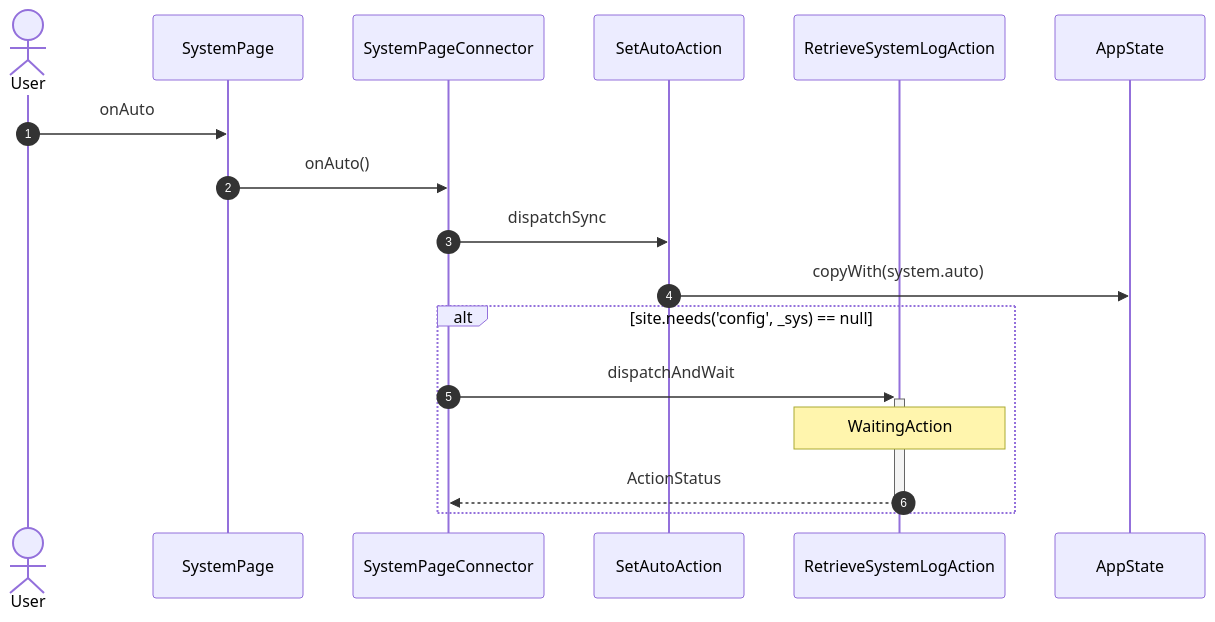
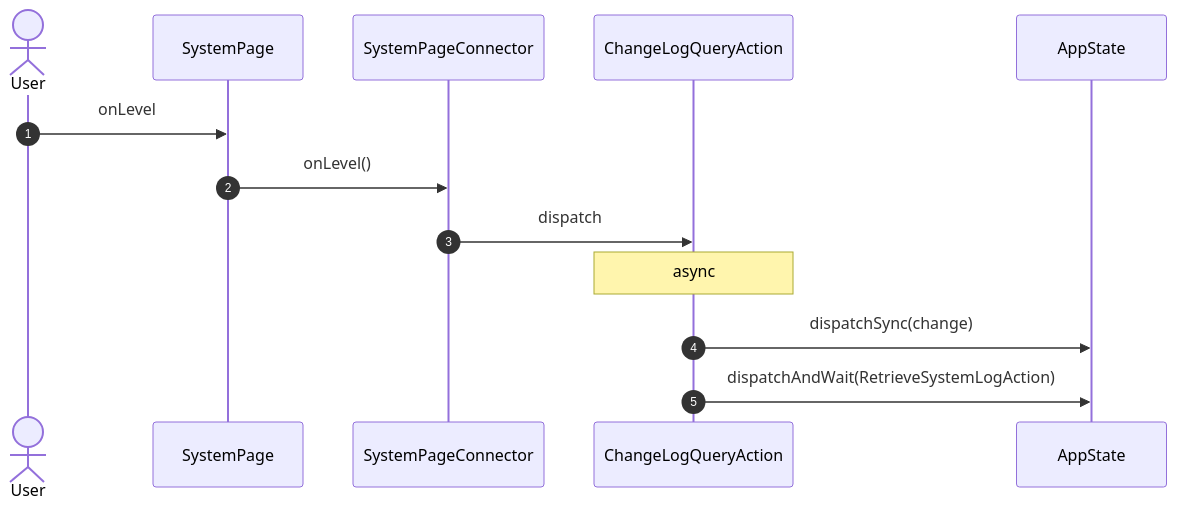
Before and after one commit to gencto/wyrm: diagram 14 of 26 in studio/docs/flows/system.md, drawn with Mermaid. The commit also changed other lines of this file and 88 other files, not shown here.

First line of the commit message:
studio: system: typed values, words in ui, one action per intent

````diff
--- a/studio/docs/flows/system.md
+++ b/studio/docs/flows/system.md
@@ -309,20 +234,16 @@
 ```mermaid
 sequenceDiagram
     autonumber
     actor User
     participant UI as SystemPage
     participant VM as SystemPageConnector
-    participant A1 as SetAutoAction
-    participant A2 as RetrieveSystemLogAction
+    participant A1 as ChangeLogQueryAction
     participant ST as AppState
 
-    User->>UI: onAuto
-    UI->>VM: onAuto()
-    VM->>A1: dispatchSync
-    A1->>ST: copyWith(system.auto)
-    alt site.needs('config', _sys) == null
-        VM->>+A2: dispatchAndWait
-        Note over A2: WaitingAction
-        A2-->>-VM: ActionStatus
-    end
+    User->>UI: onLevel
+    UI->>VM: onLevel()
+    VM->>A1: dispatch
+    Note over A1: async
+    A1->>ST: dispatchSync(change)
+    A1->>ST: dispatchAndWait(RetrieveSystemLogAction)
 ```
````
